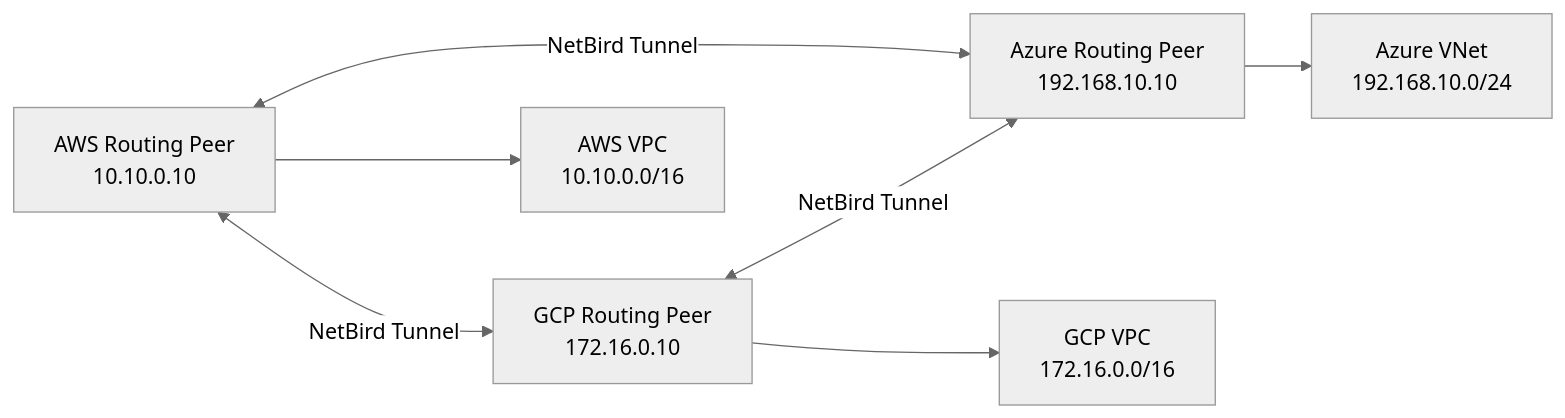
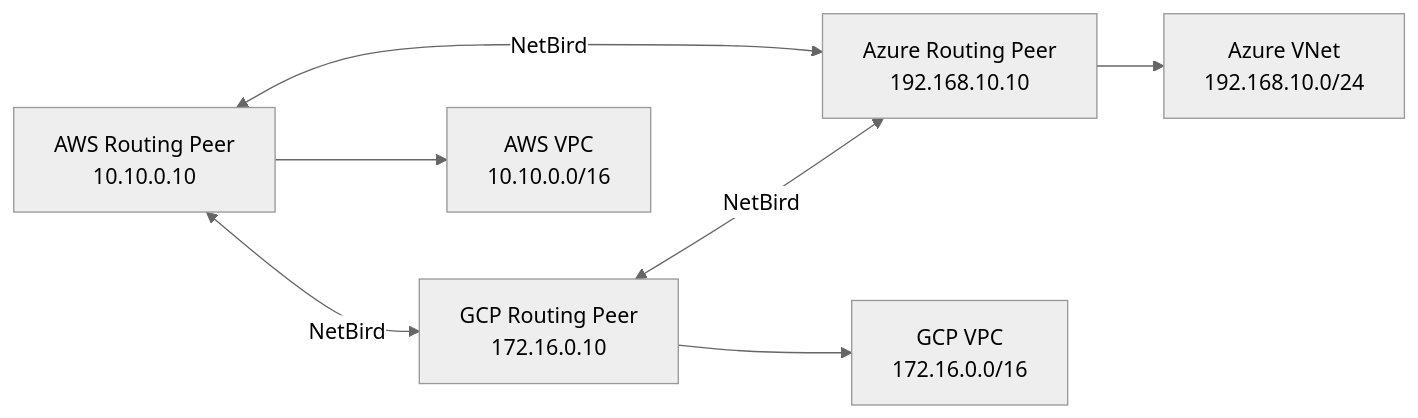
The diagram in docs/cases/05-multi-cloud-connectivity.md (seaworld008/netbird-vpn), drawn with Mermaid (neutral theme) before and after one commit. The commit also changed other lines of this file and 14 other files, not shown here.

````diff
--- a/docs/cases/05-multi-cloud-connectivity.md
+++ b/docs/cases/05-multi-cloud-connectivity.md
@@ -21,9 +32,9 @@
 ```mermaid
 flowchart LR
-    A["AWS Routing Peer\n10.10.0.10"] <-->|NetBird Tunnel| G["GCP Routing Peer\n172.16.0.10"]
-    G <-->|NetBird Tunnel| Z["Azure Routing Peer\n192.168.10.10"]
-    A <-->|NetBird Tunnel| Z
-    A --> ARES["AWS VPC\n10.10.0.0/16"]
-    G --> GRES["GCP VPC\n172.16.0.0/16"]
-    Z --> ZRES["Azure VNet\n192.168.10.0/24"]
+    AWSRP["AWS Routing Peer\n10.10.0.10"] <-->|NetBird| GCPRP["GCP Routing Peer\n172.16.0.10"]
+    GCPRP <-->|NetBird| AZRP["Azure Routing Peer\n192.168.10.10"]
+    AWSRP <-->|NetBird| AZRP
+    AWSRP --> AWS["AWS VPC\n10.10.0.0/16"]
+    GCPRP --> GCP["GCP VPC\n172.16.0.0/16"]
+    AZRP --> AZ["Azure VNet\n192.168.10.0/24"]
 ```
````
